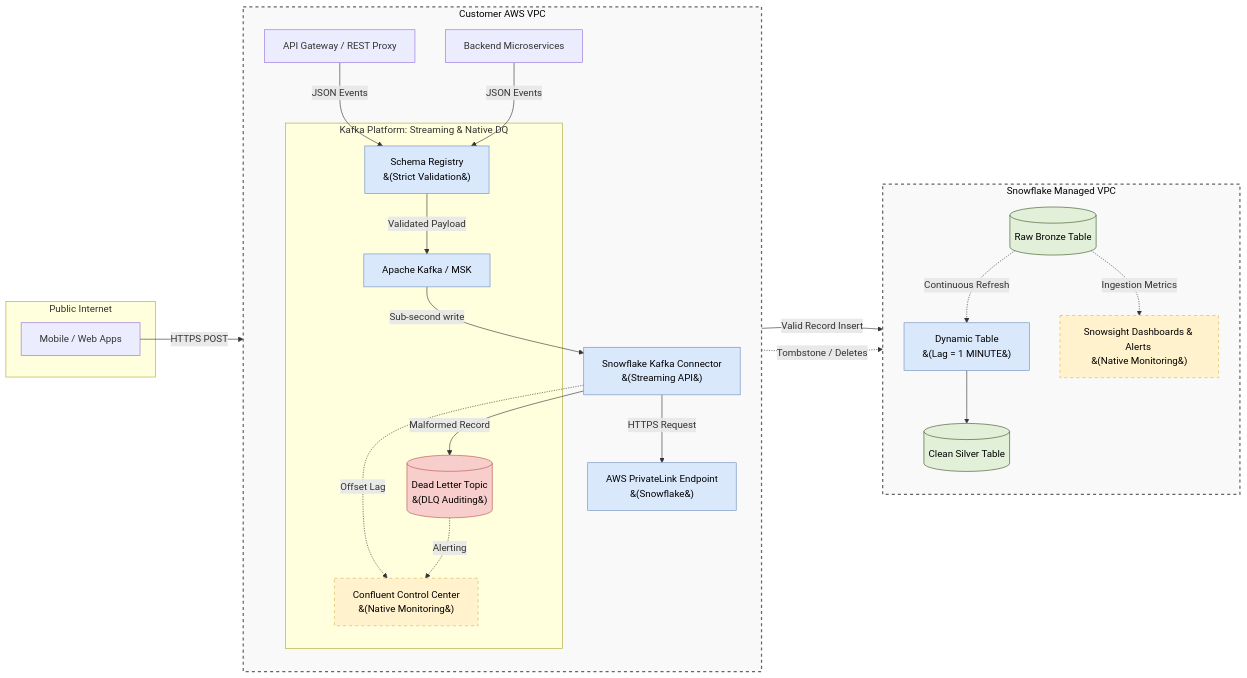
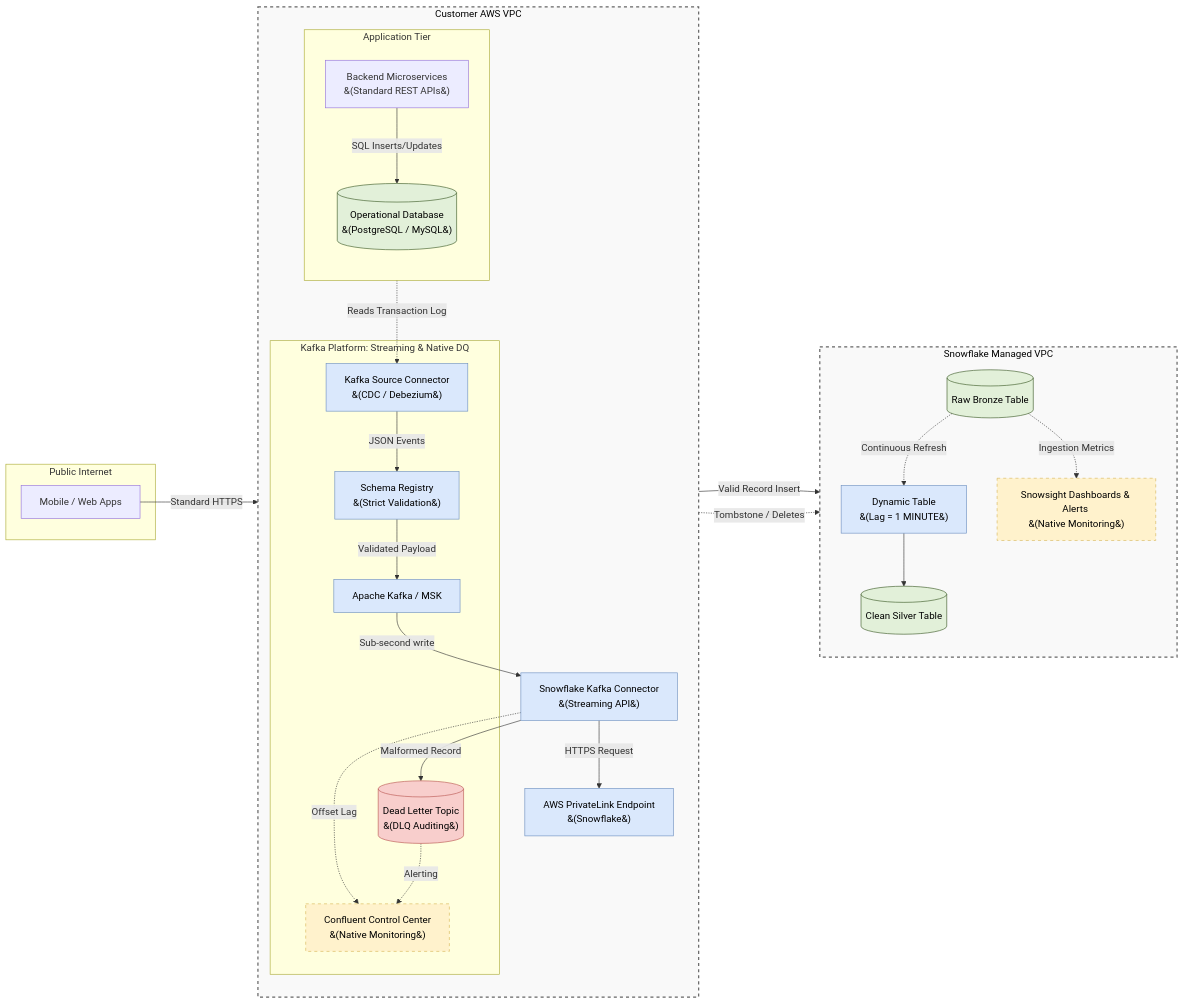
Before and after one commit to toanbui626391/data_architect: the diagram in snowflake/realtime_streaming_architecture_document.md, drawn with Mermaid. The commit also changed other lines of this file, not shown here.

````diff
--- a/snowflake/realtime_streaming_architecture_document.md
+++ b/snowflake/realtime_streaming_architecture_document.md
@@ -24,63 +24,70 @@
 ```mermaid
 flowchart LR
     subgraph PublicInternet [Public Internet]
         App["Mobile / Web Apps"]
     end
 
     subgraph CustomerVPC [Customer AWS VPC]
         direction TB
-        APIGW["API Gateway / REST Proxy"]
-        Microservices["Backend Microservices"]
+        
+        subgraph AppTier [Application Tier]
+            direction TB
+            Microservices["Backend Microservices <br>&#40;Standard REST APIs&#41;"]
+            SourceDB[("Operational Database <br>&#40;PostgreSQL / MySQL&#41;")]
+        end
         
         subgraph MessageBus [Kafka Platform: Streaming & Native DQ]
+            SourceConn["Kafka Source Connector <br>&#40;CDC / Debezium&#41;"]
             Registry["Schema Registry <br>&#40;Strict Validation&#41;"]
             Kafka["Apache Kafka / MSK"]
             DLT[("Dead Letter Topic <br>&#40;DLQ Auditing&#41;")]
             C3["Confluent Control Center <br>&#40;Native Monitoring&#41;"]
         end
         Connector["Snowflake Kafka Connector <br>&#40;Streaming API&#41;"]
         VPCE["AWS PrivateLink Endpoint <br>&#40;Snowflake&#41;"]
     end
 
     subgraph Snowflake [Snowflake Managed VPC]
         direction TB
         Table[("Raw Bronze Table")]
         DT["Dynamic Table <br>&#40;Lag = 1 MINUTE&#41;"]
         Silver[("Clean Silver Table")]
         Snowsight["Snowsight Dashboards & Alerts <br>&#40;Native Monitoring&#41;"]
     end
 
-    App -->|HTTPS POST| APIGW
-    APIGW -->|JSON Events| Registry
-    Microservices -->|JSON Events| Registry
+    App -->|Standard HTTPS| Microservices
+    Microservices -->|SQL Inserts/Updates| SourceDB
+    SourceDB -.->|Reads Transaction Log| SourceConn
+    
+    SourceConn -->|JSON Events| Registry
     Registry -->|Validated Payload| Kafka
     
     Kafka -->|Sub-second write| Connector
     Connector -->|HTTPS Request| VPCE
     
     %% Handling Discrepancies at the Connector
     Connector -->|Malformed Record| DLT
     VPCE -->|Valid Record Insert| Table
     VPCE -.->|Tombstone / Deletes| Table
     
     Table -.->|Continuous Refresh| DT
     DT --> Silver
     
     %% Native Observability Links
     Connector -.->|Offset Lag| C3
     DLT -.->|Alerting| C3
     Table -.->|Ingestion Metrics| Snowsight
 
     %% Styling
     classDef storage fill:#e2f0d9,stroke:#385723,stroke-width:1px,color:#000;
     classDef bad fill:#f8cecc,stroke:#b85450,stroke-width:1px,color:#000;
     classDef process fill:#dae8fc,stroke:#6c8ebf,stroke-width:1px,color:#000;
     classDef monitor fill:#fff2cc,stroke:#d6b656,stroke-width:1px,color:#000,stroke-dasharray: 5 5;
     classDef network fill:#f9f9f9,stroke:#666,stroke-width:2px,color:#000,stroke-dasharray: 5 5;
     
-    class Table,Silver storage;
+    class Table,Silver,SourceDB storage;
     class DLT bad;
-    class Connector,DT,Registry,Kafka,VPCE process;
+    class Connector,DT,Registry,Kafka,VPCE,SourceConn process;
     class C3,Snowsight monitor;
     class CustomerVPC,Snowflake network;
 ```
````
